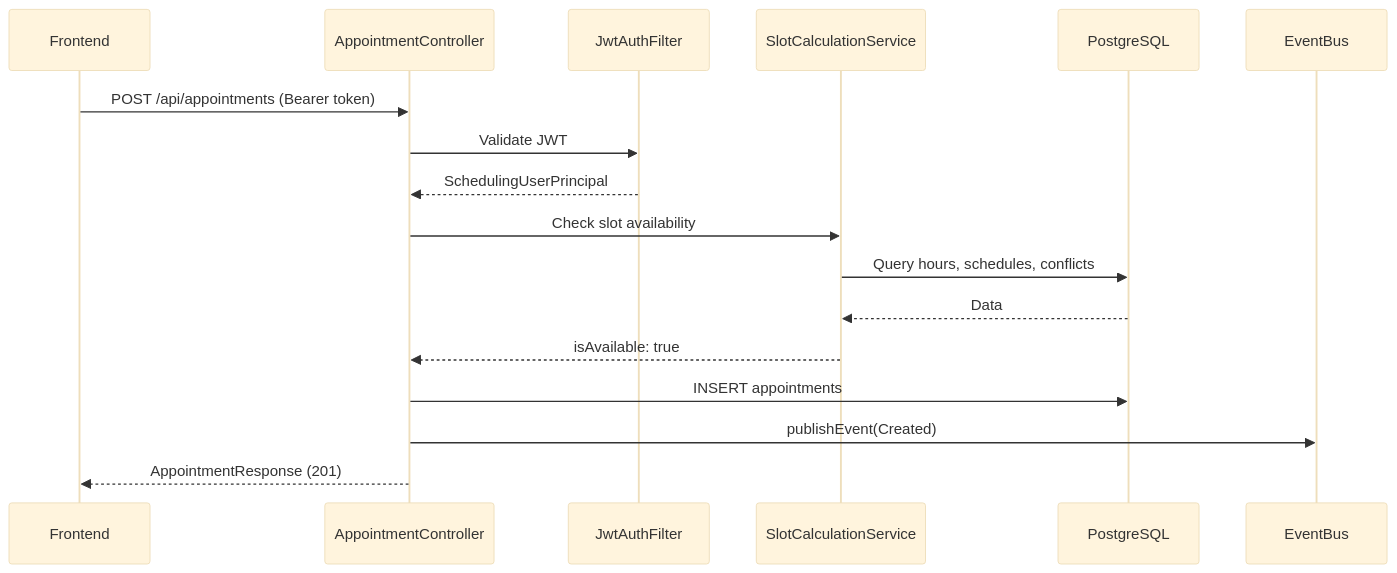
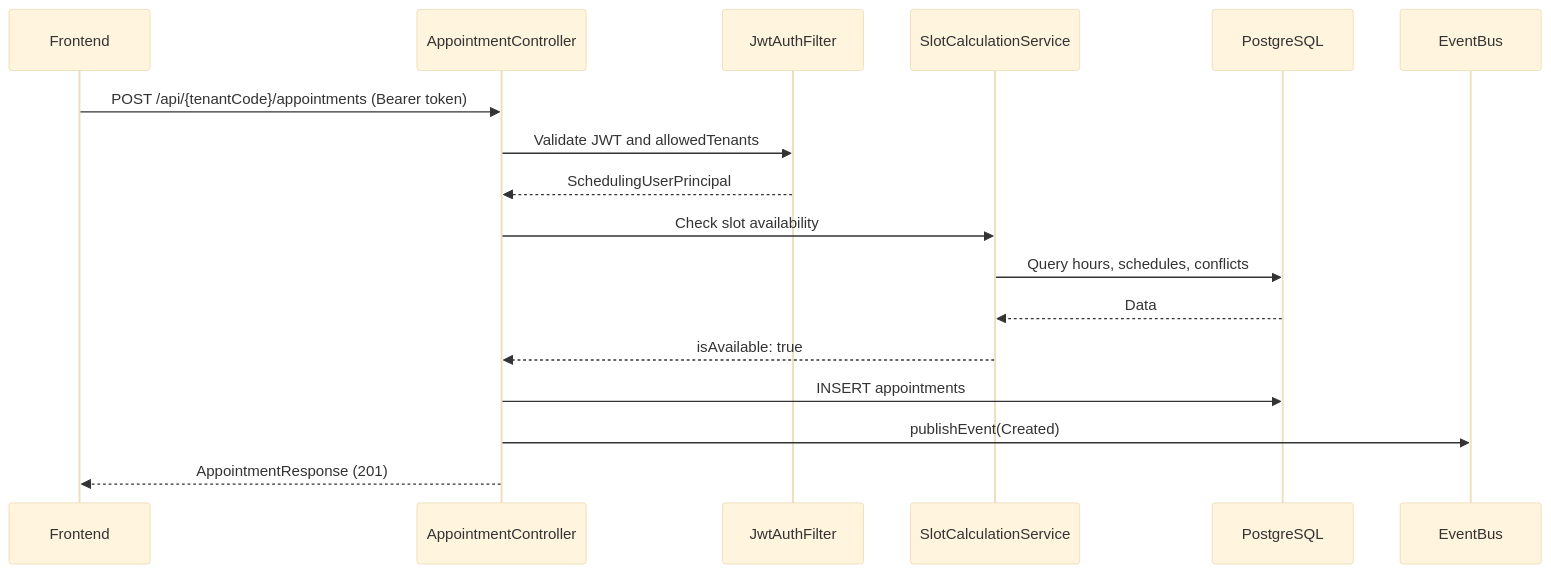
Before and after one commit to bluetape4k/clinic-appointment: the diagram in appointment-api/README.md, drawn with Mermaid (base theme). The commit also changed other lines of this file and 81 other files, not shown here.

````diff
--- a/appointment-api/README.md
+++ b/appointment-api/README.md
@@ -36,20 +40,20 @@
 ```mermaid
 sequenceDiagram
     participant FE as Frontend
     participant API as AppointmentController
     participant SEC as JwtAuthFilter
     participant SLOT as SlotCalculationService
     participant DB as PostgreSQL
     participant EVT as EventBus
 
-    FE->>API: POST /api/appointments (Bearer token)
-    API->>SEC: Validate JWT
+    FE->>API: POST /api/{tenantCode}/appointments (Bearer token)
+    API->>SEC: Validate JWT and allowedTenants
     SEC-->>API: SchedulingUserPrincipal
     API->>SLOT: Check slot availability
     SLOT->>DB: Query hours, schedules, conflicts
     DB-->>SLOT: Data
     SLOT-->>API: isAvailable: true
     API->>DB: INSERT appointments
     API->>EVT: publishEvent(Created)
     API-->>FE: AppointmentResponse (201)
 ```
````
